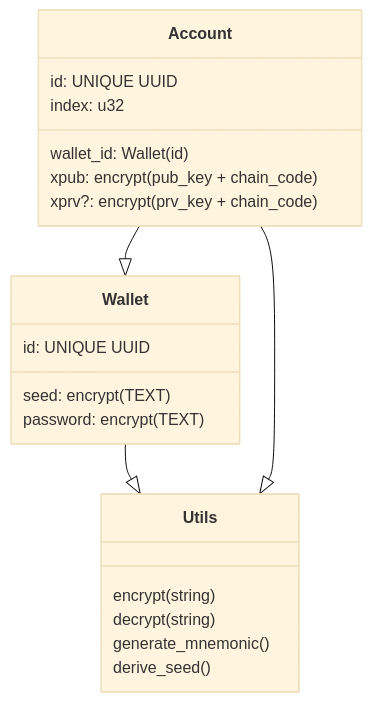
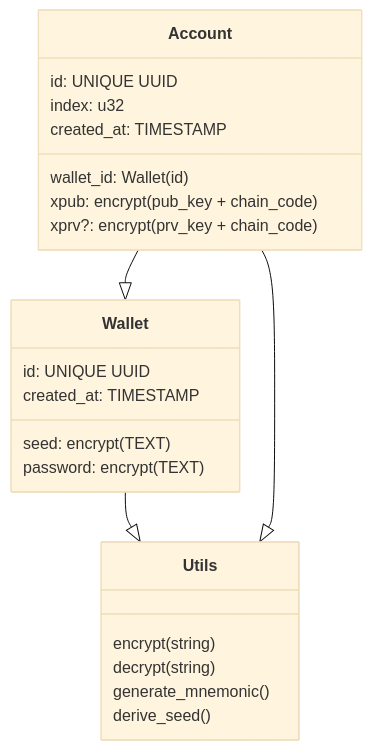
One commit to igdev0/dev-wallet changed the diagram in src-tauri/diagrams/database.mmd. Above: the diagram before and after it, drawn with Mermaid (base theme).

Commit message:
docs(diagram): update diagram fields

```diff
--- a/src-tauri/diagrams/database.mmd
+++ b/src-tauri/diagrams/database.mmd
@@ -1,25 +1,27 @@
 classDiagram
     Account --|> Wallet
     Wallet --|> Utils
     Account --|> Utils
     class Wallet {
         id: UNIQUE UUID
         seed: encrypt(TEXT) 
         password: encrypt(TEXT)
+        created_at: TIMESTAMP
     }
 
     class Account {
         id: UNIQUE UUID
         wallet_id: Wallet(id)
         index: u32
         xpub: encrypt(pub_key + chain_code)
         xprv?: encrypt(prv_key + chain_code)
+        created_at: TIMESTAMP
     }
 
 
     class Utils {
         encrypt(string)
         decrypt(string)
         generate_mnemonic()
         derive_seed()
     }
```
